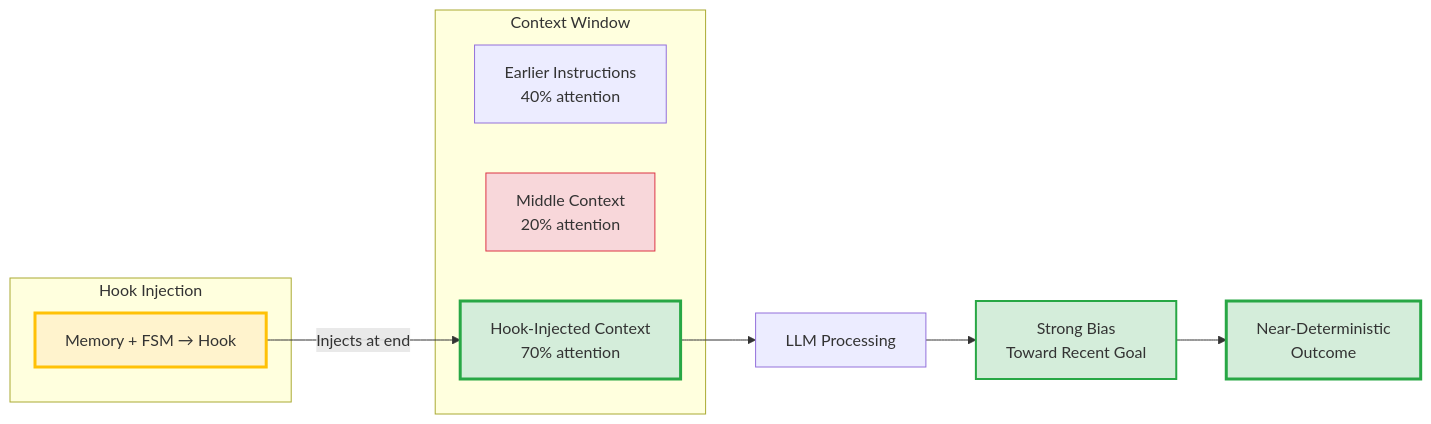
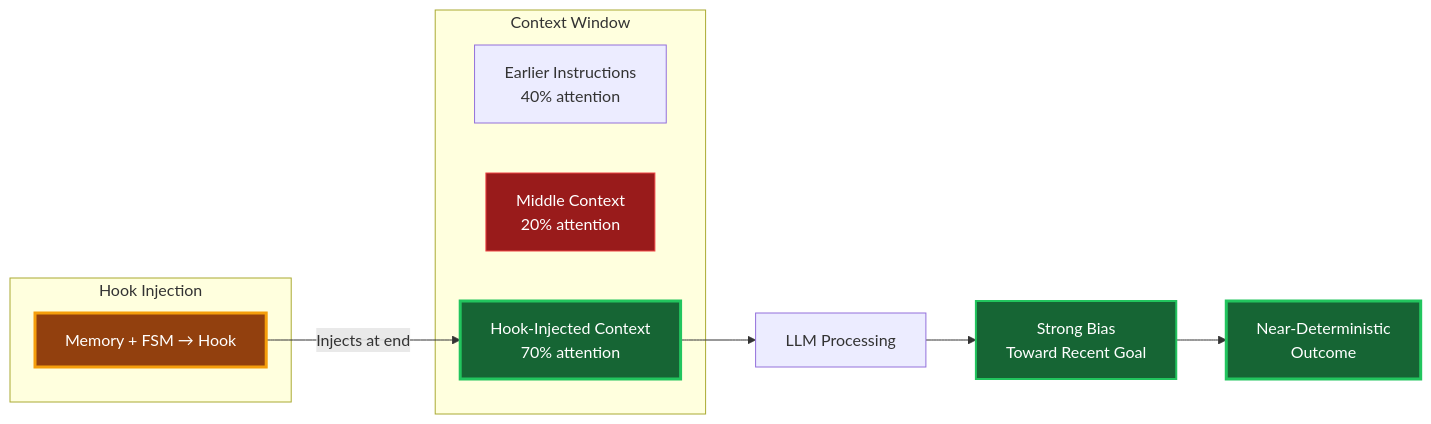
One commit to arupsarkar-sfdc/Misc changed the fourth of 16 diagrams in agentforce/agent-graph/README_Agentforce_Graph_Architecture_Flow.md. Above: the diagram before and after it, drawn with Mermaid. The commit also changed other lines of this file and 4 other files, not shown here.

Commit message:
feat: addred segmentation logic and updated process diagrams and sequence diagram with dark mode colors and sequence steps

````diff
--- a/agentforce/agent-graph/README_Agentforce_Graph_Architecture_Flow.md
+++ b/agentforce/agent-graph/README_Agentforce_Graph_Architecture_Flow.md
@@ -160,23 +160,23 @@
 ```mermaid
 graph LR
     subgraph "Context Window"
         Old[Earlier Instructions<br/>40% attention]
         Middle[Middle Context<br/>20% attention]
         Recent[Hook-Injected Context<br/>70% attention]
     end
     
     subgraph "Hook Injection"
         Hook[Memory + FSM → Hook]
         Hook -->|Injects at end| Recent
     end
     
     Recent --> LLM[LLM Processing]
     LLM --> Strong[Strong Bias<br/>Toward Recent Goal]
     Strong --> Output[Near-Deterministic<br/>Outcome]
     
-    style Recent fill:#d4edda,stroke:#28a745,stroke-width:3px
-    style Hook fill:#fff3cd,stroke:#ffc107,stroke-width:3px
-    style Strong fill:#d4edda,stroke:#28a745,stroke-width:2px
-    style Output fill:#d4edda,stroke:#28a745,stroke-width:3px
-    style Middle fill:#f8d7da,stroke:#dc3545,stroke-width:1px
+    style Recent fill:#166534,stroke:#22c55e,stroke-width:3px,color:#ffffff
+    style Hook fill:#92400e,stroke:#f59e0b,stroke-width:3px,color:#ffffff
+    style Strong fill:#166534,stroke:#22c55e,stroke-width:2px,color:#ffffff
+    style Output fill:#166534,stroke:#22c55e,stroke-width:3px,color:#ffffff
+    style Middle fill:#991b1b,stroke:#ef4444,stroke-width:1px,color:#ffffff
 ```
````
